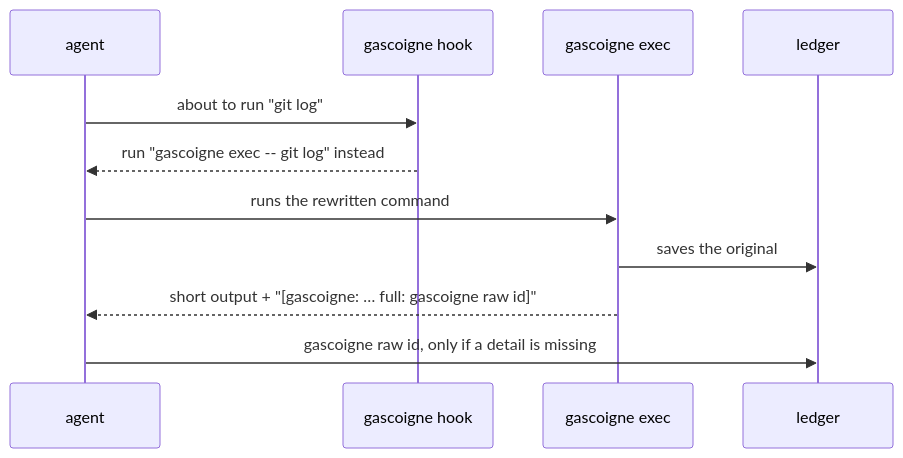
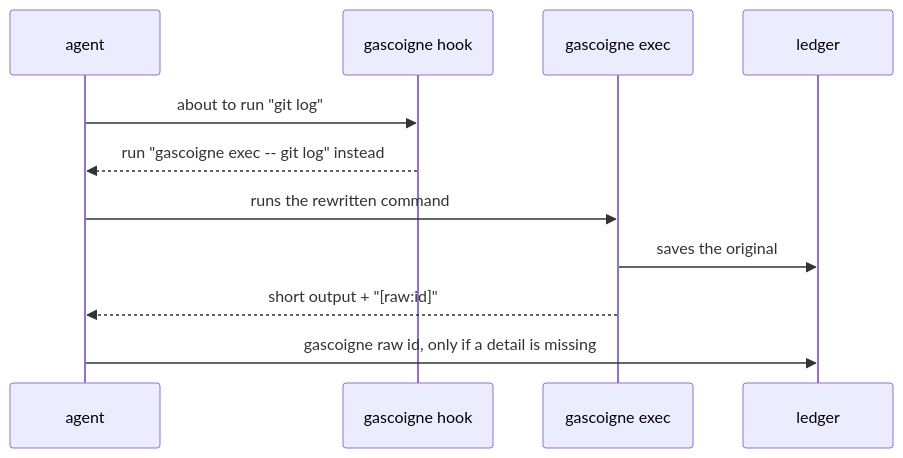
The second of 2 diagrams in docs/agents.md (gascoigne-ai/gascoigne-cli), drawn with Mermaid before and after one commit. The commit also changed other lines of this file and 30 other files, not shown here.

First line of the commit message:
feat(hint): shortened output ends with [raw:<id>] only

````diff
--- a/docs/agents.md
+++ b/docs/agents.md
@@ -307,13 +307,13 @@
 ```mermaid
 sequenceDiagram
     participant A as agent
     participant H as gascoigne hook
     participant X as gascoigne exec
     participant L as ledger
     A->>H: about to run "git log"
     H-->>A: run "gascoigne exec -- git log" instead
     A->>X: runs the rewritten command
     X->>L: saves the original
-    X-->>A: short output + "[gascoigne: … full: gascoigne raw id]"
+    X-->>A: short output + "[raw:id]"
     A->>L: gascoigne raw id, only if a detail is missing
 ```
````
